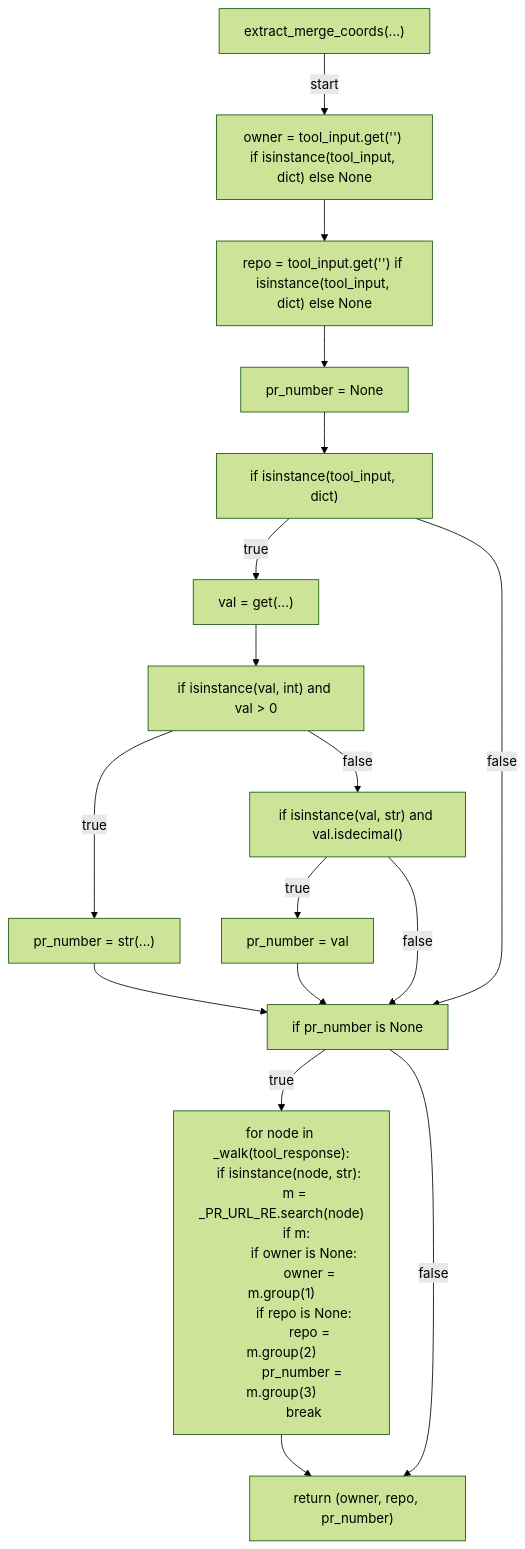
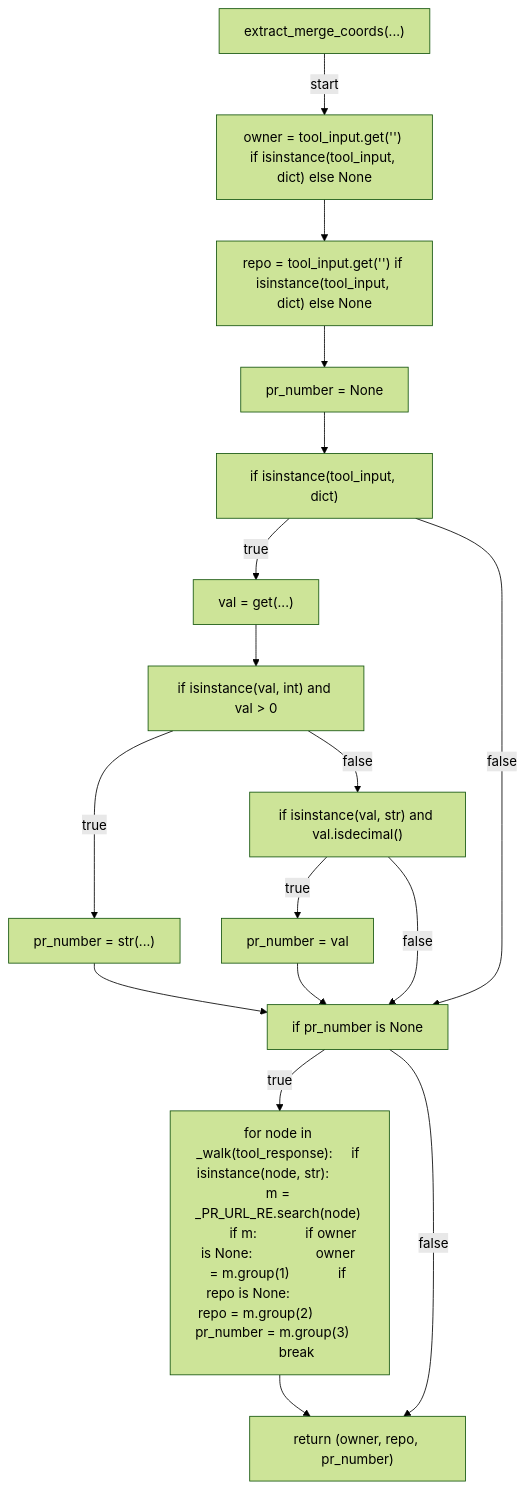
One commit to tvna/claude-md changed the second of 5 diagrams in docs/generated/scripts/ast/post_merge_retro_append.md. Above: the diagram before and after it, drawn with Mermaid (forest theme). The commit also changed other lines of this file and 30 other files, not shown here.

First line of the commit message:
docs(generated): regenerate decision tree and workflow diagrams (batch 2/5)

````diff
--- a/docs/generated/scripts/ast/post_merge_retro_append.md
+++ b/docs/generated/scripts/ast/post_merge_retro_append.md
@@ -28,41 +22,32 @@
 ```mermaid
 flowchart TD
     N001["extract_merge_coords(...)"]
     N002["owner = tool_input.get('<str>') if isinstance(tool_input, dict) else None"]
     N003["repo = tool_input.get('<str>') if isinstance(tool_input, dict) else None"]
     N004["pr_number = None"]
     N005["if isinstance(tool_input, dict)"]
     N006["val = get(...)"]
     N007["if isinstance(val, int) and val > 0"]
     N008["pr_number = str(...)"]
     N009["if isinstance(val, str) and val.isdecimal()"]
     N010["pr_number = val"]
     N011["if pr_number is None"]
-    N012["for node in _walk(tool_response):
-    if isinstance(node, str):
-        m = _PR_URL_RE.search(node)
-        if m:
-            if owner is None:
-                owner = m.group(1)
-            if repo is None:
-                repo = m.group(2)
-            pr_number = m.group(3)
-            break"]
+    N012["for node in _walk(tool_response):     if isinstance(node, str):         m = _PR_URL_RE.search(node)         if m:             if owner is None:                 owner = m.group(1)             if repo is None:                 repo = m.group(2)             pr_number = m.group(3)             break"]
     N013["return (owner, repo, pr_number)"]
     N001 -->|"start"| N002
     N002 --> N003
     N003 --> N004
     N004 --> N005
     N005 -->|"true"| N006
     N006 --> N007
     N007 -->|"true"| N008
     N007 -->|"false"| N009
     N009 -->|"true"| N010
     N008 --> N011
     N010 --> N011
     N009 -->|"false"| N011
     N005 -->|"false"| N011
     N011 -->|"true"| N012
     N012 --> N013
     N011 -->|"false"| N013
 ```
````
